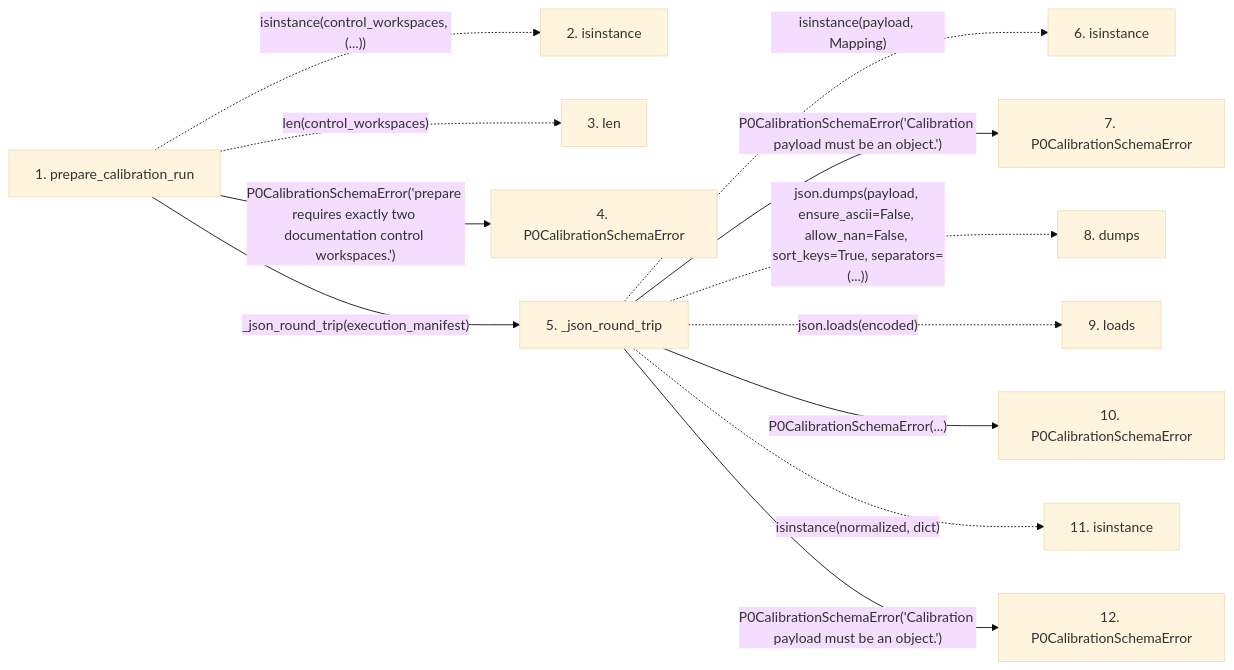
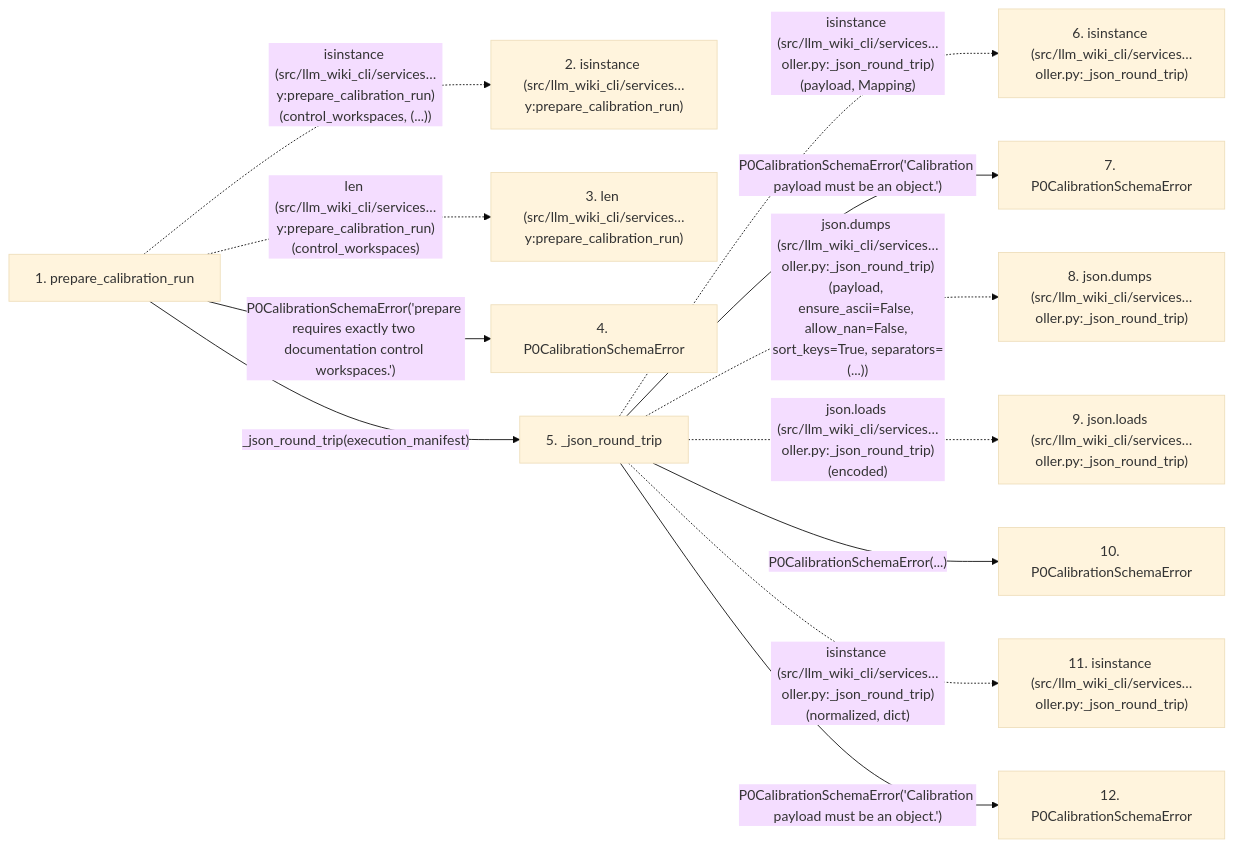
The second of 2 diagrams in docs/llm_wiki/flows/api-prepare_calibration_run-controller.md (Denissvgn/python-wiki-llm), drawn with Mermaid (base theme) before and after one commit. The commit also changed other lines of this file and 719 other files, not shown here.

````diff
--- a/docs/llm_wiki/flows/api-prepare_calibration_run-controller.md
+++ b/docs/llm_wiki/flows/api-prepare_calibration_run-controller.md
@@ -79,32 +81,32 @@
 ```mermaid
 flowchart LR
     s1["1. prepare_calibration_run"]
-    s2["2. isinstance"]
-    s3["3. len"]
+    s2["2. isinstance (src/llm_wiki_cli/services…y:prepare_calibration_run)"]
+    s3["3. len (src/llm_wiki_cli/services…y:prepare_calibration_run)"]
     s4["4. P0CalibrationSchemaError"]
     s5["5. _json_round_trip"]
-    s6["6. isinstance"]
+    s6["6. isinstance (src/llm_wiki_cli/services…oller.py:_json_round_trip)"]
     s7["7. P0CalibrationSchemaError"]
-    s8["8. dumps"]
-    s9["9. loads"]
+    s8["8. json.dumps (src/llm_wiki_cli/services…oller.py:_json_round_trip)"]
+    s9["9. json.loads (src/llm_wiki_cli/services…oller.py:_json_round_trip)"]
     s10["10. P0CalibrationSchemaError"]
-    s11["11. isinstance"]
+    s11["11. isinstance (src/llm_wiki_cli/services…oller.py:_json_round_trip)"]
     s12["12. P0CalibrationSchemaError"]
-    s1 -. "isinstance(control_workspaces, (...))" .-> s2
-    s1 -. "len(control_workspaces)" .-> s3
+    s1 -. "isinstance (src/llm_wiki_cli/services…y:prepare_calibration_run)(control_workspaces, (...))" .-> s2
+    s1 -. "len (src/llm_wiki_cli/services…y:prepare_calibration_run)(control_workspaces)" .-> s3
     s1 -->|"P0CalibrationSchemaError('prepare requires exactly two documentation control workspaces.')"| s4
     s1 -->|"_json_round_trip(execution_manifest)"| s5
-    s5 -. "isinstance(payload, Mapping)" .-> s6
+    s5 -. "isinstance (src/llm_wiki_cli/services…oller.py:_json_round_trip)(payload, Mapping)" .-> s6
     s5 -->|"P0CalibrationSchemaError('Calibration payload must be an object.')"| s7
-    s5 -. "json.dumps(payload, ensure_ascii=False, allow_nan=False, sort_keys=True, separators=(...))" .-> s8
-    s5 -. "json.loads(encoded)" .-> s9
+    s5 -. "json.dumps (src/llm_wiki_cli/services…oller.py:_json_round_trip)(payload, ensure_ascii=False, allow_nan=False, sort_keys=True, separators=(...))" .-> s8
+    s5 -. "json.loads (src/llm_wiki_cli/services…oller.py:_json_round_trip)(encoded)" .-> s9
     s5 -->|"P0CalibrationSchemaError(...)"| s10
-    s5 -. "isinstance(normalized, dict)" .-> s11
+    s5 -. "isinstance (src/llm_wiki_cli/services…oller.py:_json_round_trip)(normalized, dict)" .-> s11
     s5 -->|"P0CalibrationSchemaError('Calibration payload must be an object.')"| s12
     click s1 "../modules/controller.md"
     click s4 "../modules/controller.md"
     click s5 "../modules/controller.md"
     click s7 "../modules/controller.md"
     click s10 "../modules/controller.md"
     click s12 "../modules/controller.md"
 ```
````
